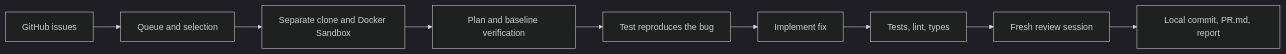
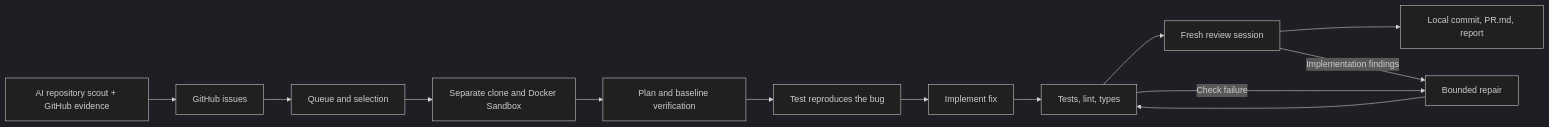
Before and after one commit to themick0/contributor: the diagram in README.md, drawn with Mermaid (dark theme). The commit also changed other lines of this file and 30 other files, not shown here.

````diff
--- a/README.md
+++ b/README.md
@@ -12,11 +13,15 @@
 ```mermaid
 flowchart LR
+  S[AI repository scout + GitHub evidence] --> A
   A[GitHub issues] --> B[Queue and selection]
   B --> C[Separate clone and Docker Sandbox]
   C --> D[Plan and baseline verification]
   D --> E[Test reproduces the bug]
   E --> F[Implement fix]
   F --> G[Tests, lint, types]
   G --> H[Fresh review session]
   H --> I[Local commit, PR.md, report]
+  G -->|Check failure| R[Bounded repair]
+  H -->|Implementation findings| R
+  R --> G
 ```
````
